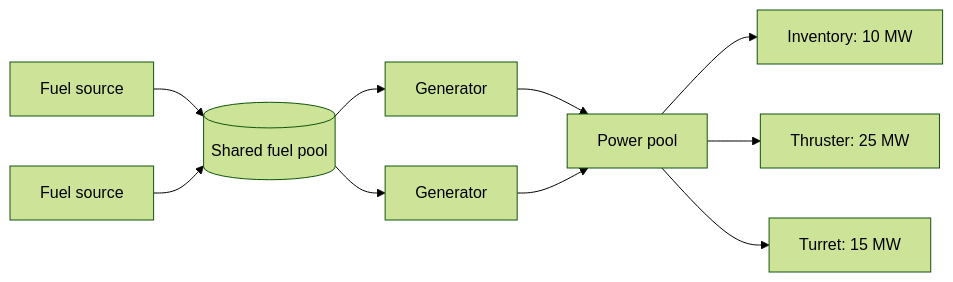
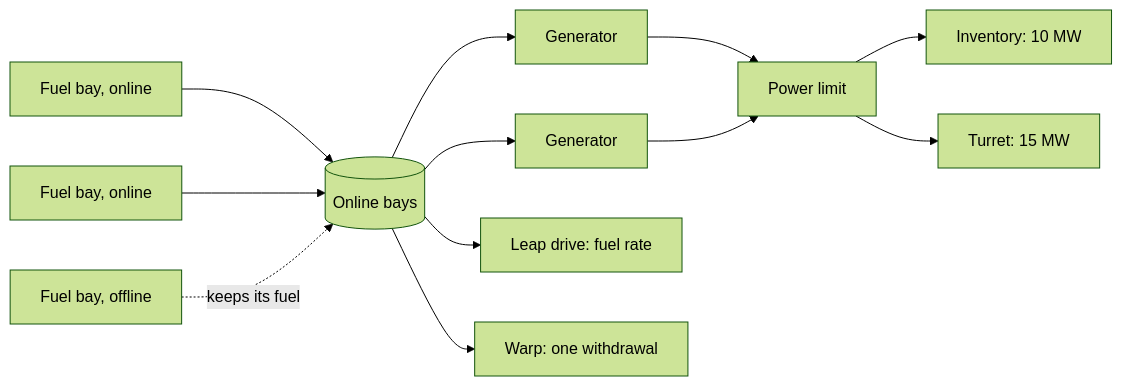
One commit to evefrontier/world-contracts changed the first of 2 diagrams in docs/adr/0005-onchain-power-network.md. Above: the diagram before and after it, drawn with Mermaid (forest theme). The commit also changed other lines of this file and 25 other files, not shown here.

Commit message:
feat(power): per-bay fuel with online and offline bays

````diff
--- a/docs/adr/0005-onchain-power-network.md
+++ b/docs/adr/0005-onchain-power-network.md
@@ -38,12 +38,14 @@
 ```mermaid
 flowchart LR
-    FS1[Fuel source] --> Pool[(Shared fuel pool)]
-    FS2[Fuel source] --> Pool
-    Pool --> Gen1[Generator]
-    Pool --> Gen2[Generator]
-    Gen1 --> Ceiling[Power pool]
+    B1[Fuel bay, online] --> Online[(Online bays)]
+    B2[Fuel bay, online] --> Online
+    B3[Fuel bay, offline] -.keeps its fuel.-> Online
+    Online --> Gen1[Generator]
+    Online --> Gen2[Generator]
+    Online --> Leap[Leap drive: fuel rate]
+    Online --> Warp[Warp: one withdrawal]
+    Gen1 --> Ceiling[Power limit]
     Gen2 --> Ceiling
     Ceiling --> Inventory[Inventory: 10 MW]
-    Ceiling --> Thruster[Thruster: 25 MW]
     Ceiling --> Turret[Turret: 15 MW]
 ```
````
